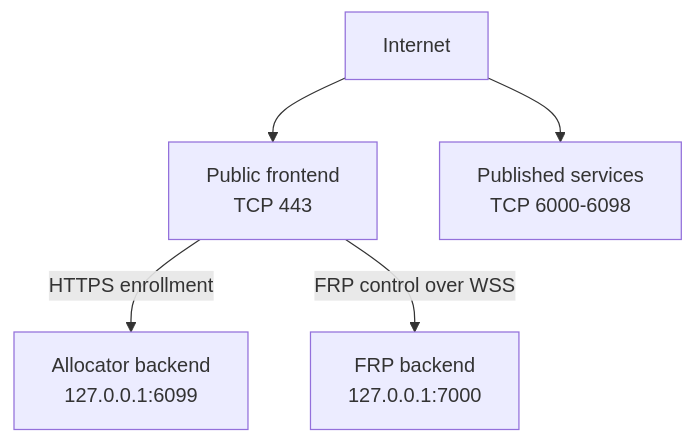
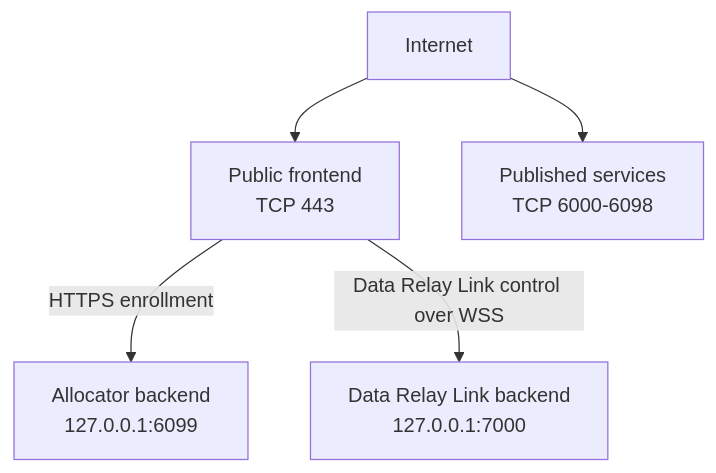
The third of 5 diagrams in ko/reference/architecture.mdx (datarelay-labs/data-relay-link-docs), drawn with Mermaid before and after one commit. The commit also changed other lines of this file and 32 other files, not shown here.

````diff
--- a/ko/reference/architecture.mdx
+++ b/ko/reference/architecture.mdx
@@ -61,13 +61,13 @@
 ```mermaid
 flowchart TB
     I[Internet]
     FE[Public frontend\nTCP 443]
     A[Allocator backend\n127.0.0.1:6099]
-    F[FRP backend\n127.0.0.1:7000]
+    F[Data Relay Link backend\n127.0.0.1:7000]
     P[Published services\nTCP 6000-6098]
 
     I --> FE
     FE -->|HTTPS enrollment| A
-    FE -->|FRP control over WSS| F
+    FE -->|Data Relay Link control over WSS| F
     I --> P
 ```
````
